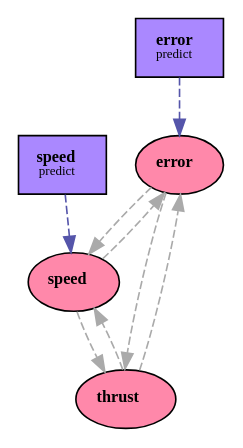
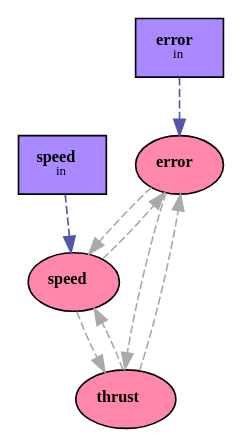
The diagram in rocket/rocket/architecture/predict.dot (Ekeichi/cxsom-rl-2), drawn with Graphviz before and after one commit. The commit also changed 9 other files, not shown here.

```diff
--- a/rocket/rocket/architecture/predict.dot
+++ b/rocket/rocket/architecture/predict.dot
@@ -1,18 +1,18 @@
 digraph All {
 
       m0000 [label=<<font point-size="10"><b>error</b></font>>, shape=ellipse, shape=ellipse, fillcolor="#ff88aa", style="filled"]
       m0001 [label=<<font point-size="10"><b>speed</b></font>>, shape=ellipse, shape=ellipse, fillcolor="#ff88aa", style="filled"]
       m0002 [label=<<font point-size="10"><b>thrust</b></font>>, shape=ellipse, shape=ellipse, fillcolor="#ff88aa", style="filled"]
-      v0003 [label=<<font point-size="10"><b>error</b></font><br/><font point-size="8">predict</font>>, shape=box, shape=box, fillcolor="#aa88ff", style="filled"]
-      v0004 [label=<<font point-size="10"><b>speed</b></font><br/><font point-size="8">predict</font>>, shape=box, shape=box, fillcolor="#aa88ff", style="filled"]
+      v0003 [label=<<font point-size="10"><b>error</b></font><br/><font point-size="8">in</font>>, shape=box, shape=box, fillcolor="#aa88ff", style="filled"]
+      v0004 [label=<<font point-size="10"><b>speed</b></font><br/><font point-size="8">in</font>>, shape=box, shape=box, fillcolor="#aa88ff", style="filled"]
 
   m0000 -> m0001 [color="#aaaaaa", style=dashed]
   m0000 -> m0002 [color="#aaaaaa", style=dashed]
   m0001 -> m0000 [color="#aaaaaa", style=dashed]
   m0001 -> m0002 [color="#aaaaaa", style=dashed]
   m0002 -> m0000 [color="#aaaaaa", style=dashed]
   m0002 -> m0001 [color="#aaaaaa", style=dashed]
   v0003 -> m0000 [color="#5555aa", style=dashed]
   v0004 -> m0001 [color="#5555aa", style=dashed]
 
 }
```
